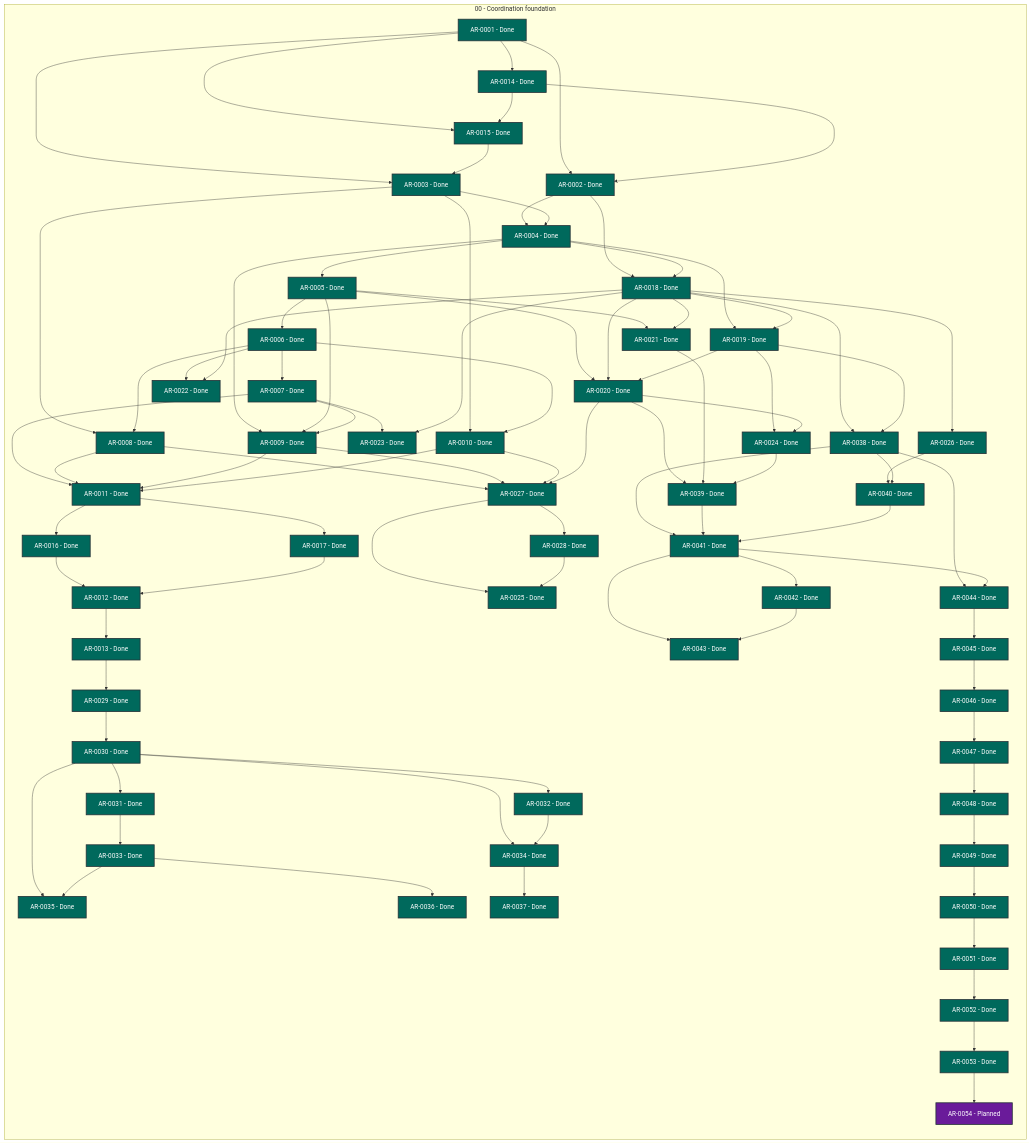
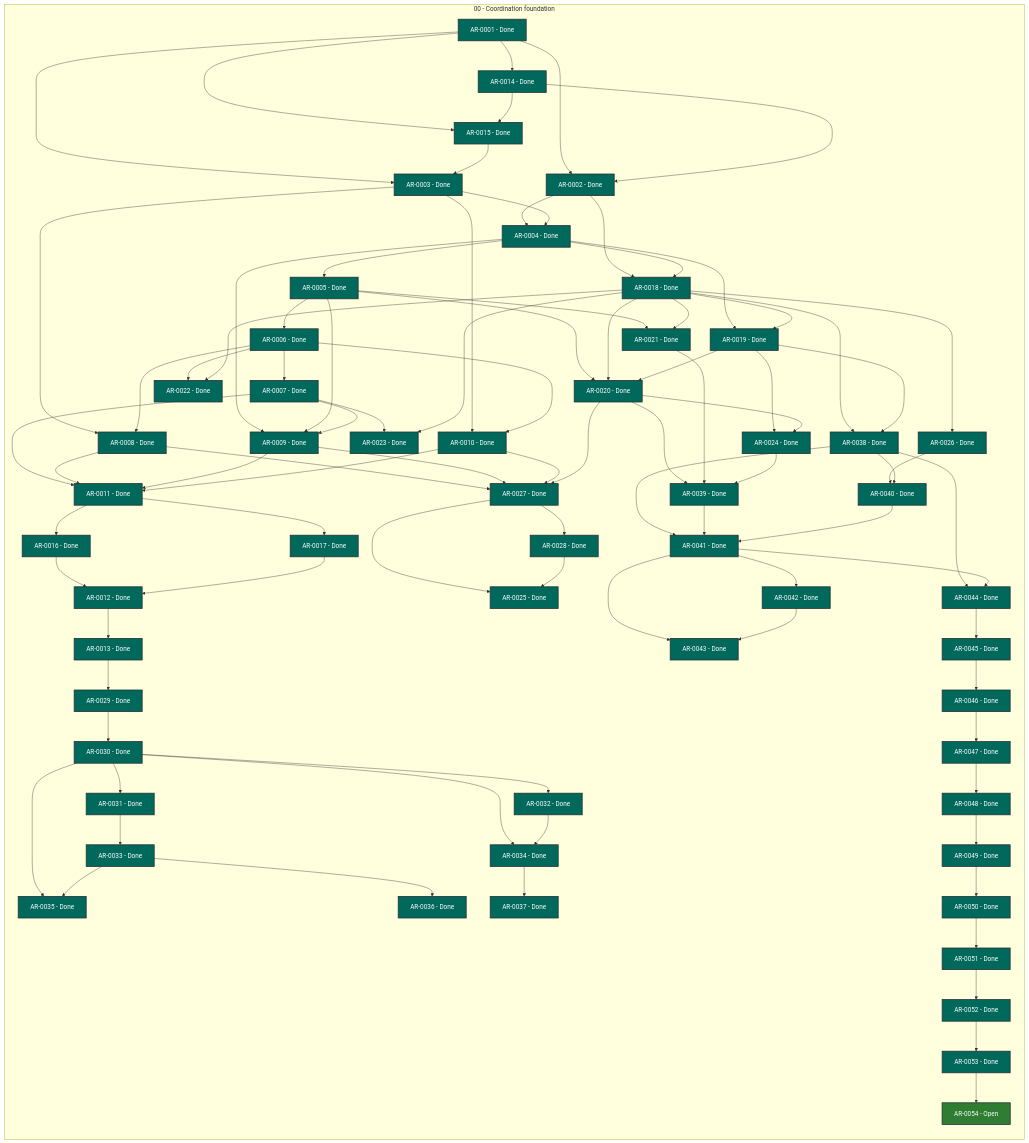
The diagram in STATUS.md (martin-beck/agent-workflow-tui-state), drawn with Mermaid before and after one commit. The commit also changed other lines of this file and 2 other files, not shown here.

```diff
--- a/STATUS.md
+++ b/STATUS.md
@@ -81,7 +81,7 @@
         AR_0051["AR-0051 - Done"]:::status_done
         AR_0052["AR-0052 - Done"]:::status_done
         AR_0053["AR-0053 - Done"]:::status_done
-        AR_0054["AR-0054 - Planned"]:::status_planned
+        AR_0054["AR-0054 - Open"]:::status_open
     end
     AR_0001 --> AR_0002
     AR_0001 --> AR_0003
```
